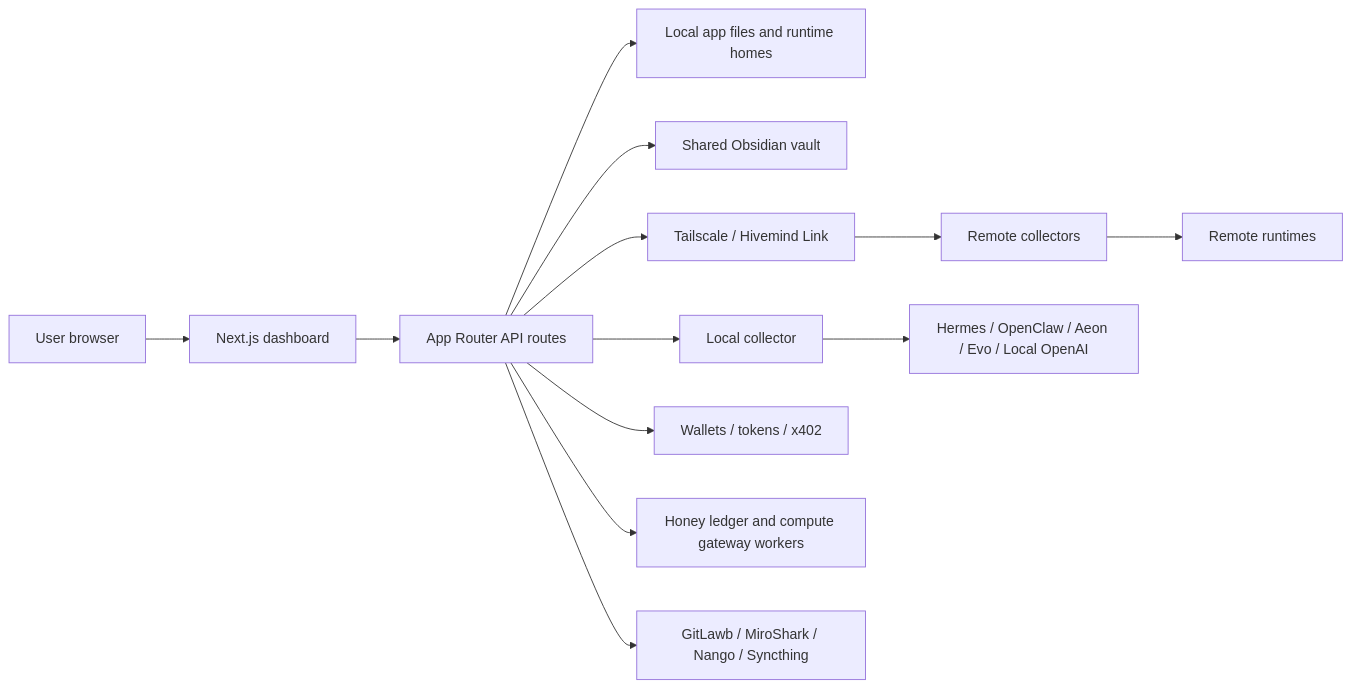
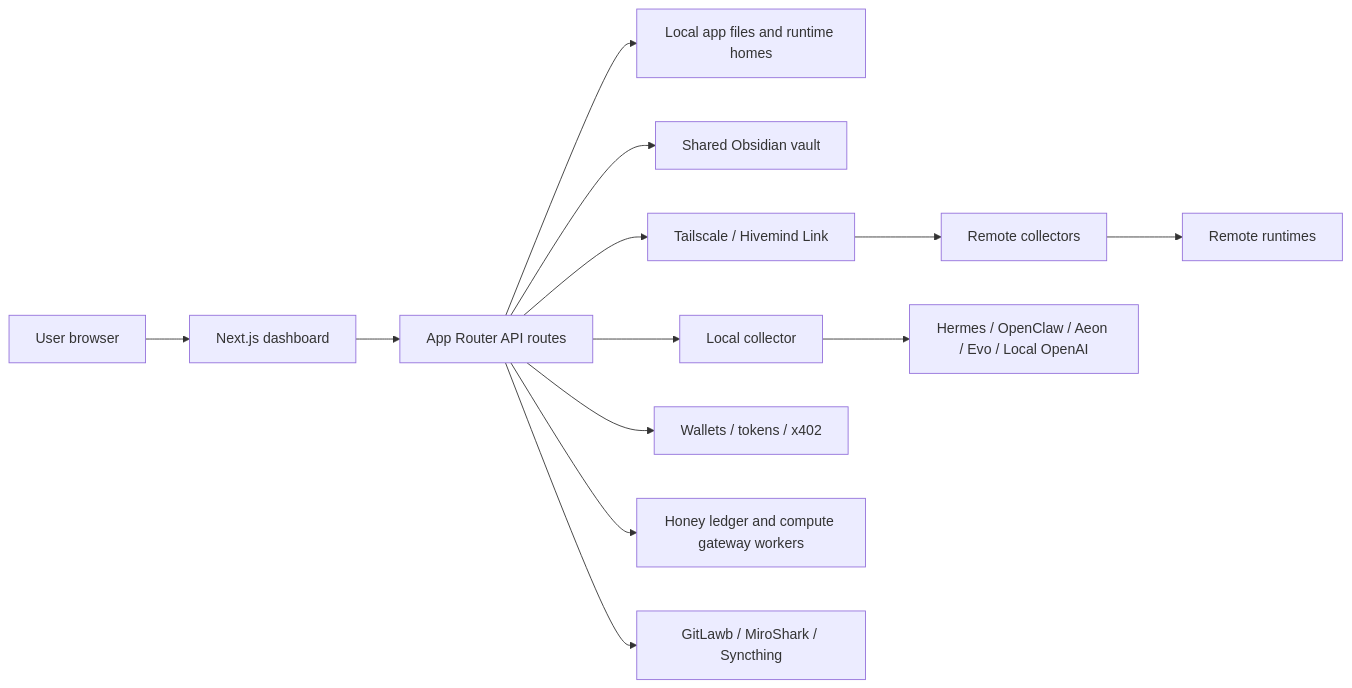
One commit to LiamVisionary/hivemindos changed the diagram in docs/index.md. Above: the diagram before and after it, drawn with Mermaid. The commit also changed 126 other files, not shown here.

````diff
--- a/docs/index.md
+++ b/docs/index.md
@@ -189,15 +189,15 @@
 ```mermaid
 flowchart LR
   User["User browser"] --> Dashboard["Next.js dashboard"]
   Dashboard --> Api["App Router API routes"]
   Api --> LocalFiles["Local app files and runtime homes"]
   Api --> Vault["Shared Obsidian vault"]
   Api --> Collector["Local collector"]
   Api --> Tailnet["Tailscale / Hivemind Link"]
   Tailnet --> RemoteCollectors["Remote collectors"]
   Collector --> Runtimes["Hermes / OpenClaw / Aeon / Evo / Local OpenAI"]
   RemoteCollectors --> RemoteRuntimes["Remote runtimes"]
   Api --> Wallets["Wallets / tokens / x402"]
   Api --> Workers["Honey ledger and compute gateway workers"]
-  Api --> Companions["GitLawb / MiroShark / Nango / Syncthing"]
+  Api --> Companions["GitLawb / MiroShark / Syncthing"]
 ```
````
